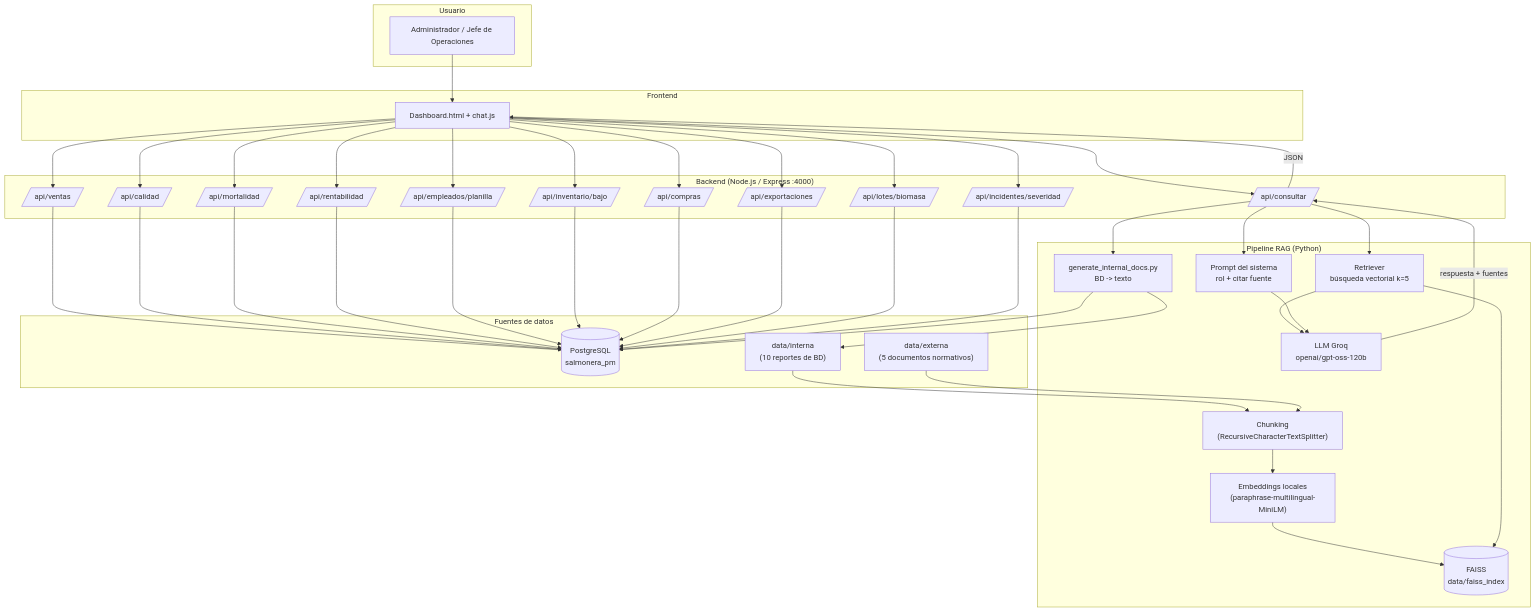
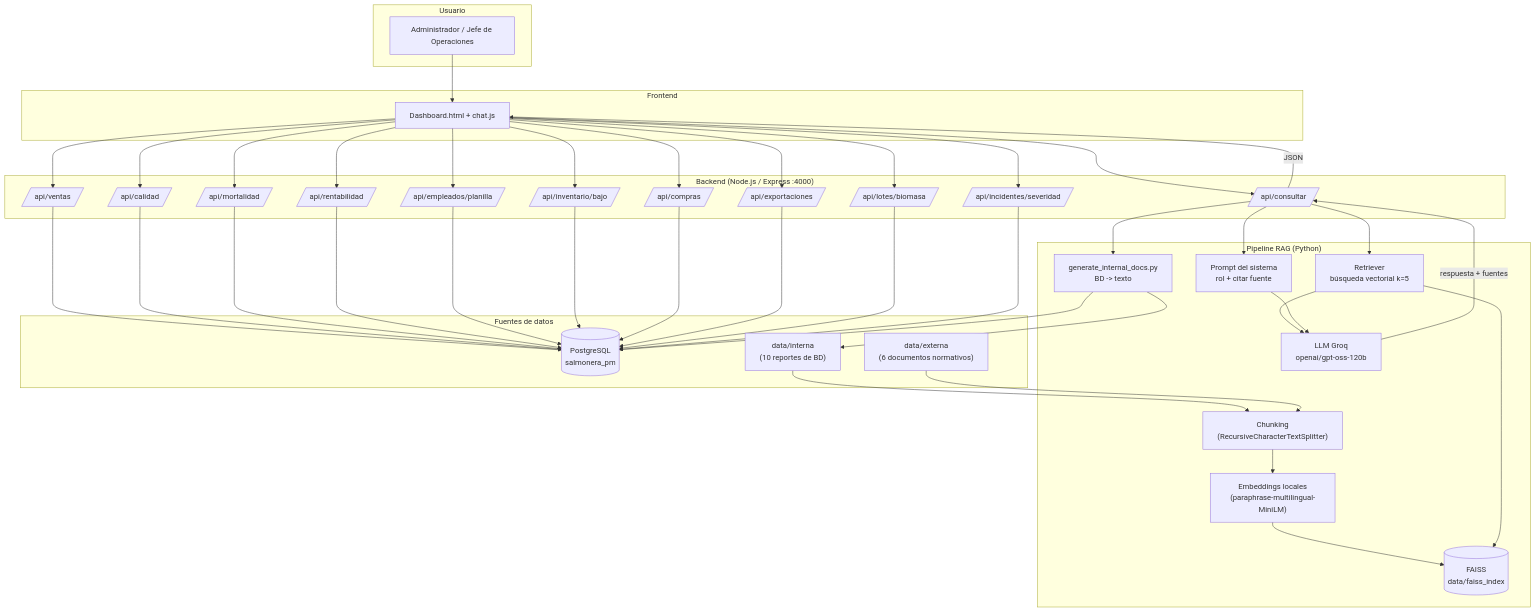
One commit to yenyag/Salmonera_PM changed the diagram in docs/arquitectura.md. Above: the diagram before and after it, drawn with Mermaid. The commit also changed 24 other files, not shown here.

```diff
--- a/docs/arquitectura.md
+++ b/docs/arquitectura.md
@@ -29,7 +29,7 @@
     subgraph Fuentes["Fuentes de datos"]
         PG[(PostgreSQL<br/>salmonera_pm)]
         DOCS["data/interna<br/>(10 reportes de BD)"]
-        EXT["data/externa<br/>(5 documentos normativos)"]
+        EXT["data/externa<br/>(6 documentos normativos)"]
     end
 
     subgraph Pipeline_RAG["Pipeline RAG (Python)"]
```
